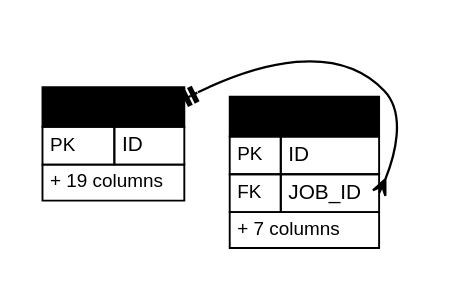
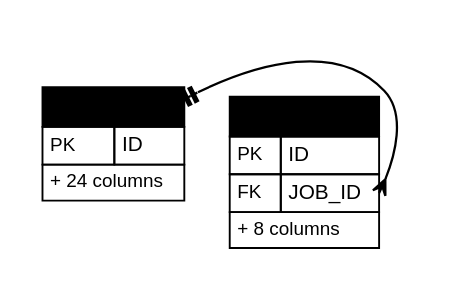
Before and after one commit to IortaTexhNXT-DEV/FinVerse: the diagram in docs/deliverables/src/programme/security_data/figures/erd/d02_bulk.dot, drawn with Graphviz. The commit also changed 58 other files, not shown here.

```diff
--- a/docs/deliverables/src/programme/security_data/figures/erd/d02_bulk.dot
+++ b/docs/deliverables/src/programme/security_data/figures/erd/d02_bulk.dot
@@ -1,8 +1,8 @@
 digraph erd {
   graph [layout=neato, overlap=prism, overlap_scaling=-4, sep="+12", splines=true, fontname="Arial", nodesep=0.3, ranksep=0.8, pad=0.2, bgcolor="white"];
   node [shape=plain, fontname="Arial"];
   edge [color="@CTA_BLUE", arrowsize=0.8, penwidth=1.2, dir=both];
-  "bulk_job" [label=<<table border="0" cellborder="1" cellspacing="0" cellpadding="3" color="@BORDER"><tr><td bgcolor="@HEADER_BLUE" align="left" colspan="2"><font color="@WHITE" point-size="12"><b>BULK_JOB</b></font></td></tr><tr><td align="left"><font point-size="10" color="@MUTED">PK</font></td><td align="left" port="id"><font point-size="11">ID</font></td></tr><tr><td colspan="2" align="left"><font point-size="10" color="@MUTED">+ 19 columns</font></td></tr></table>>];
-  "bulk_row" [label=<<table border="0" cellborder="1" cellspacing="0" cellpadding="3" color="@BORDER"><tr><td bgcolor="@HEADER_BLUE" align="left" colspan="2"><font color="@WHITE" point-size="12"><b>BULK_ROW</b></font></td></tr><tr><td align="left"><font point-size="10" color="@MUTED">PK</font></td><td align="left" port="id"><font point-size="11">ID</font></td></tr><tr><td align="left"><font point-size="10" color="@MUTED">FK</font></td><td align="left" port="job_id"><font point-size="11">JOB_ID</font></td></tr><tr><td colspan="2" align="left"><font point-size="10" color="@MUTED">+ 7 columns</font></td></tr></table>>];
+  "bulk_job" [label=<<table border="0" cellborder="1" cellspacing="0" cellpadding="3" color="@BORDER"><tr><td bgcolor="@HEADER_BLUE" align="left" colspan="2"><font color="@WHITE" point-size="12"><b>BULK_JOB</b></font></td></tr><tr><td align="left"><font point-size="10" color="@MUTED">PK</font></td><td align="left" port="id"><font point-size="11">ID</font></td></tr><tr><td colspan="2" align="left"><font point-size="10" color="@MUTED">+ 24 columns</font></td></tr></table>>];
+  "bulk_row" [label=<<table border="0" cellborder="1" cellspacing="0" cellpadding="3" color="@BORDER"><tr><td bgcolor="@HEADER_BLUE" align="left" colspan="2"><font color="@WHITE" point-size="12"><b>BULK_ROW</b></font></td></tr><tr><td align="left"><font point-size="10" color="@MUTED">PK</font></td><td align="left" port="id"><font point-size="11">ID</font></td></tr><tr><td align="left"><font point-size="10" color="@MUTED">FK</font></td><td align="left" port="job_id"><font point-size="11">JOB_ID</font></td></tr><tr><td colspan="2" align="left"><font point-size="10" color="@MUTED">+ 8 columns</font></td></tr></table>>];
   "bulk_row":"job_id" -> "bulk_job" [arrowtail=crow, arrowhead=teetee];
 }
```
